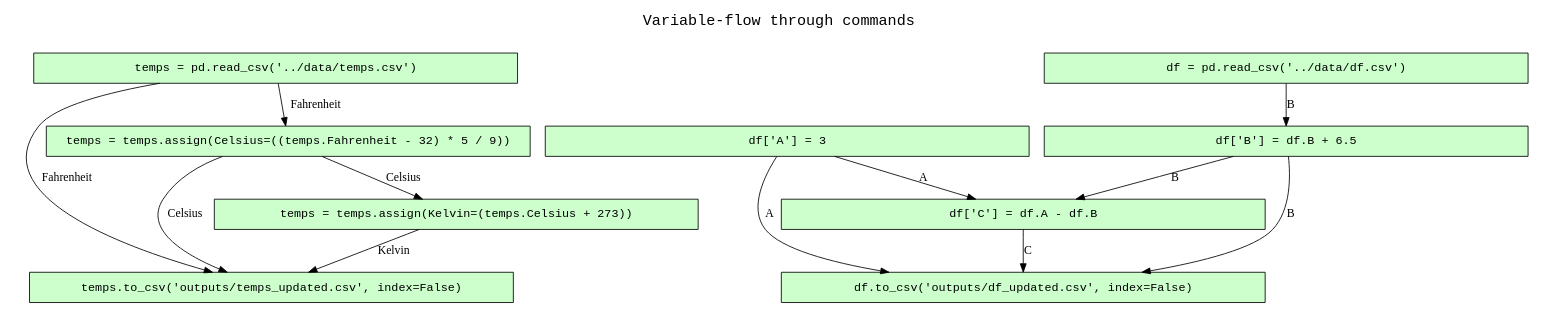
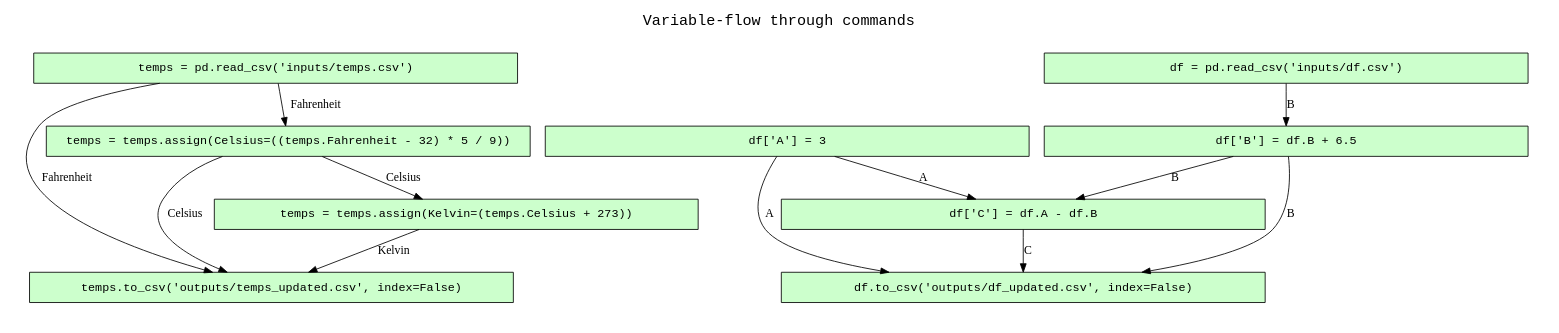
One commit to CIRSS/sdtl-provone changed the diagram in examples/04-sdtl-enhanced-queries/outputs/GRAPH-2.gv. Above: the diagram before and after it, drawn with Graphviz. The commit also changed 19 other files, not shown here.

```diff
--- a/examples/04-sdtl-enhanced-queries/outputs/GRAPH-2.gv
+++ b/examples/04-sdtl-enhanced-queries/outputs/GRAPH-2.gv
@@ -1,40 +1,40 @@
 
 digraph sdtl_program {
 rankdir=TB
 
 fontname=Courier; fontsize=18; labelloc=t
 label="Variable-flow through commands"
 
 subgraph cluster_program_graph { label=""; color=white; penwidth=0
 subgraph cluster_program_graph_inner { label=""; color=white
 
 # command nodes
 node[shape=box style="filled" fillcolor="#CCFFCC" peripheries=1 fontname=Courier]
 node[width=8]
 
-"http://wholetale.org/program/1119/load/1" [label="df = pd.read_csv('../data/df.csv')"]
+"http://wholetale.org/program/1119/load/1" [label="df = pd.read_csv('inputs/df.csv')"]
 "http://wholetale.org/program/1119/compute/1" [label="df['A'] = 3"]
 "http://wholetale.org/program/1119/compute/2" [label="df['B'] = df.B + 6.5"]
 "http://wholetale.org/program/1119/compute/3" [label="df['C'] = df.A - df.B"]
-"http://wholetale.org/program/1119/load/2" [label="temps = pd.read_csv('../data/temps.csv')"]
+"http://wholetale.org/program/1119/load/2" [label="temps = pd.read_csv('inputs/temps.csv')"]
 "http://wholetale.org/program/1119/compute/4" [label="temps = temps.assign(Celsius=((temps.Fahrenheit - 32) * 5 / 9))"]
 "http://wholetale.org/program/1119/compute/5" [label="temps = temps.assign(Kelvin=(temps.Celsius + 273))"]
 "http://wholetale.org/program/1119/save/1" [label="df.to_csv('outputs/df_updated.csv', index=False)"]
 "http://wholetale.org/program/1119/save/2" [label="temps.to_csv('outputs/temps_updated.csv', index=False)"]
 
 # variable write->read edges
 "http://wholetale.org/program/1119/compute/1" -> "http://wholetale.org/program/1119/compute/3" [label="A"]
 "http://wholetale.org/program/1119/compute/1" -> "http://wholetale.org/program/1119/save/1" [label="A"]
 "http://wholetale.org/program/1119/load/1" -> "http://wholetale.org/program/1119/compute/2" [label="B"]
 "http://wholetale.org/program/1119/compute/2" -> "http://wholetale.org/program/1119/compute/3" [label="B"]
 "http://wholetale.org/program/1119/compute/2" -> "http://wholetale.org/program/1119/save/1" [label="B"]
 "http://wholetale.org/program/1119/compute/3" -> "http://wholetale.org/program/1119/save/1" [label="C"]
 "http://wholetale.org/program/1119/compute/4" -> "http://wholetale.org/program/1119/compute/5" [label="Celsius"]
 "http://wholetale.org/program/1119/compute/4" -> "http://wholetale.org/program/1119/save/2" [label="Celsius"]
 "http://wholetale.org/program/1119/load/2" -> "http://wholetale.org/program/1119/compute/4" [label="Fahrenheit"]
 "http://wholetale.org/program/1119/load/2" -> "http://wholetale.org/program/1119/save/2" [label="Fahrenheit"]
 "http://wholetale.org/program/1119/compute/5" -> "http://wholetale.org/program/1119/save/2" [label="Kelvin"]
 
 }}
 
 }
```
